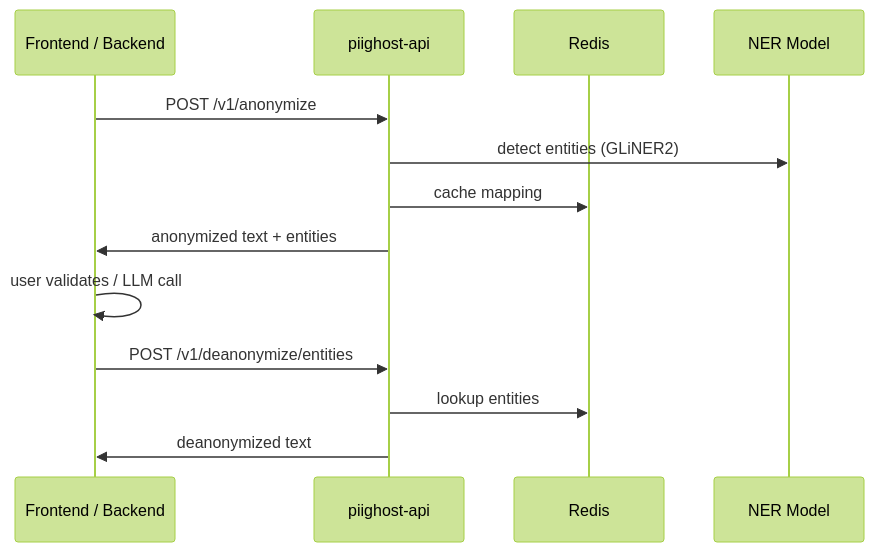
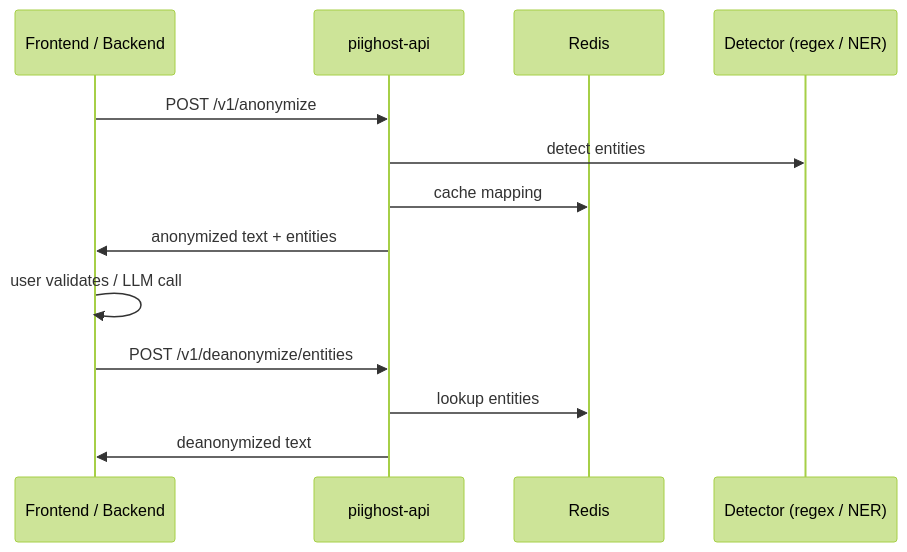
The diagram in README.md (Athroniaeth/piighost-api), drawn with Mermaid (forest theme) before and after one commit. The commit also changed other lines of this file, not shown here.

````diff
--- a/README.md
+++ b/README.md
@@ -222,18 +258,18 @@
 ```mermaid
 sequenceDiagram
     participant F as Frontend / Backend
     participant A as piighost-api
     participant R as Redis
-    participant M as NER Model
+    participant M as Detector (regex / NER)
 
     F->>A: POST /v1/anonymize
-    A->>M: detect entities (GLiNER2)
+    A->>M: detect entities
     A->>R: cache mapping
     A->>F: anonymized text + entities
 
     F->>F: user validates / LLM call
 
     F->>A: POST /v1/deanonymize/entities
     A->>R: lookup entities
     A->>F: deanonymized text
 ```
````
